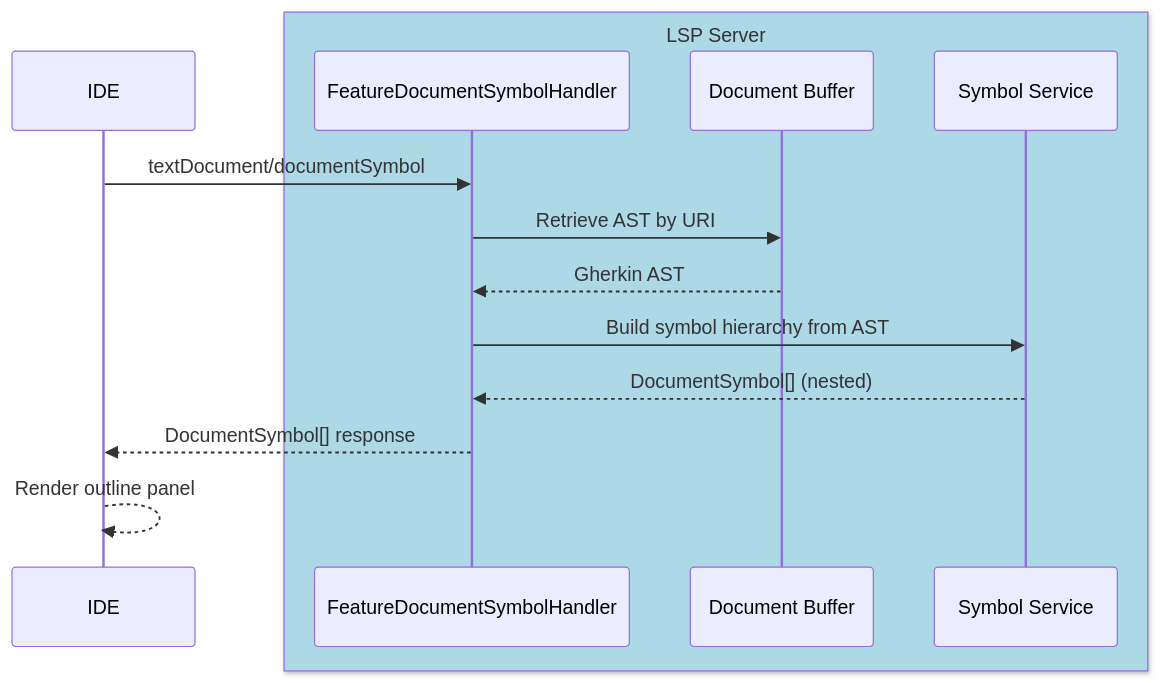
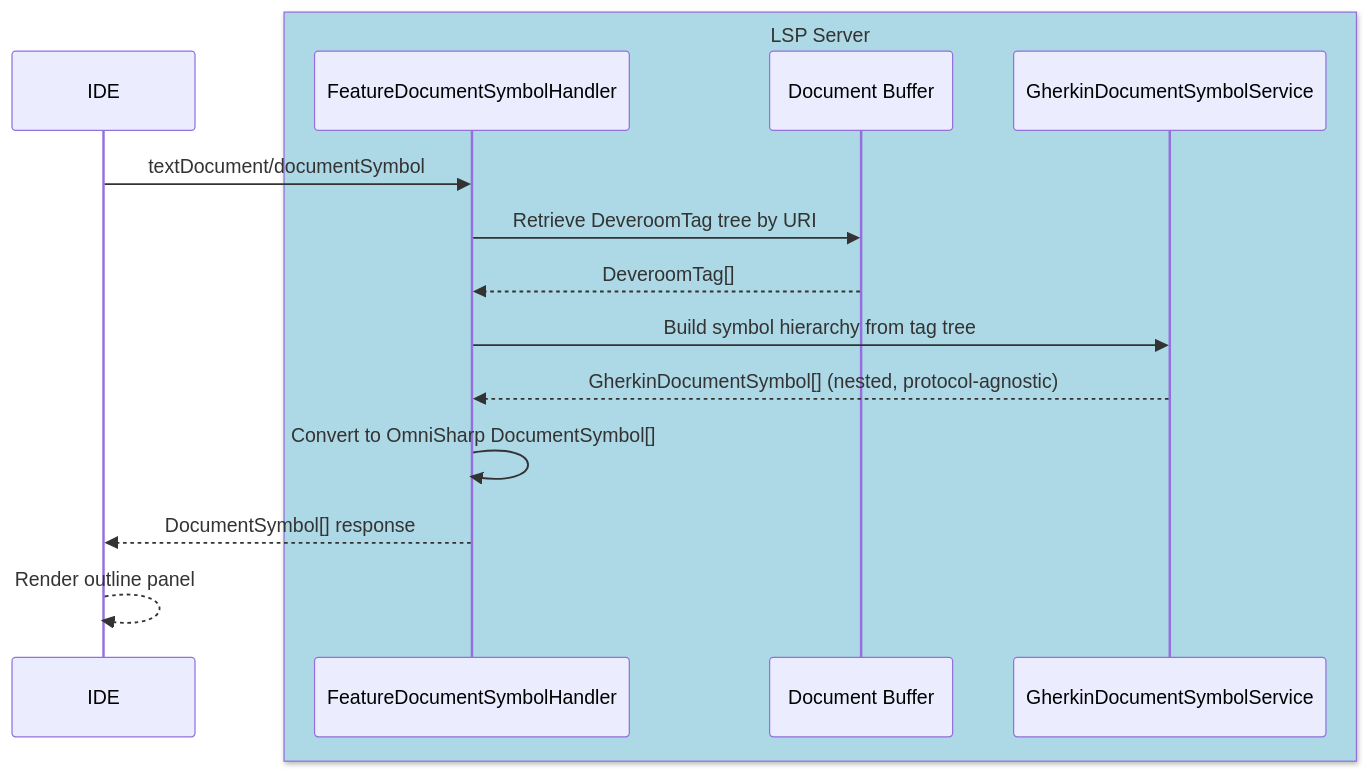
The ninth of 19 diagrams in docs/LSP-IDE-Support-Feature-Designs.md (clrudolphi/Reqnroll.IdeSupport), drawn with Mermaid before and after one commit. The commit also changed other lines of this file and 1 other file, not shown here.

````diff
--- a/docs/LSP-IDE-Support-Feature-Designs.md
+++ b/docs/LSP-IDE-Support-Feature-Designs.md
@@ -720,18 +713,19 @@
 ```mermaid
 sequenceDiagram
     participant IDE
 
     box LightBlue LSP Server
         participant FDSH as FeatureDocumentSymbolHandler
         participant DB as Document Buffer
-        participant SS as Symbol Service
+        participant SS as GherkinDocumentSymbolService
     end
 
     IDE->>FDSH: textDocument/documentSymbol
-    FDSH->>DB: Retrieve AST by URI
-    DB-->>FDSH: Gherkin AST
-    FDSH->>SS: Build symbol hierarchy from AST
-    SS-->>FDSH: DocumentSymbol[] (nested)
+    FDSH->>DB: Retrieve DeveroomTag tree by URI
+    DB-->>FDSH: DeveroomTag[]
+    FDSH->>SS: Build symbol hierarchy from tag tree
+    SS-->>FDSH: GherkinDocumentSymbol[] (nested, protocol-agnostic)
+    FDSH->>FDSH: Convert to OmniSharp DocumentSymbol[]
     FDSH-->>IDE: DocumentSymbol[] response
     IDE-->>IDE: Render outline panel
 ```
````
